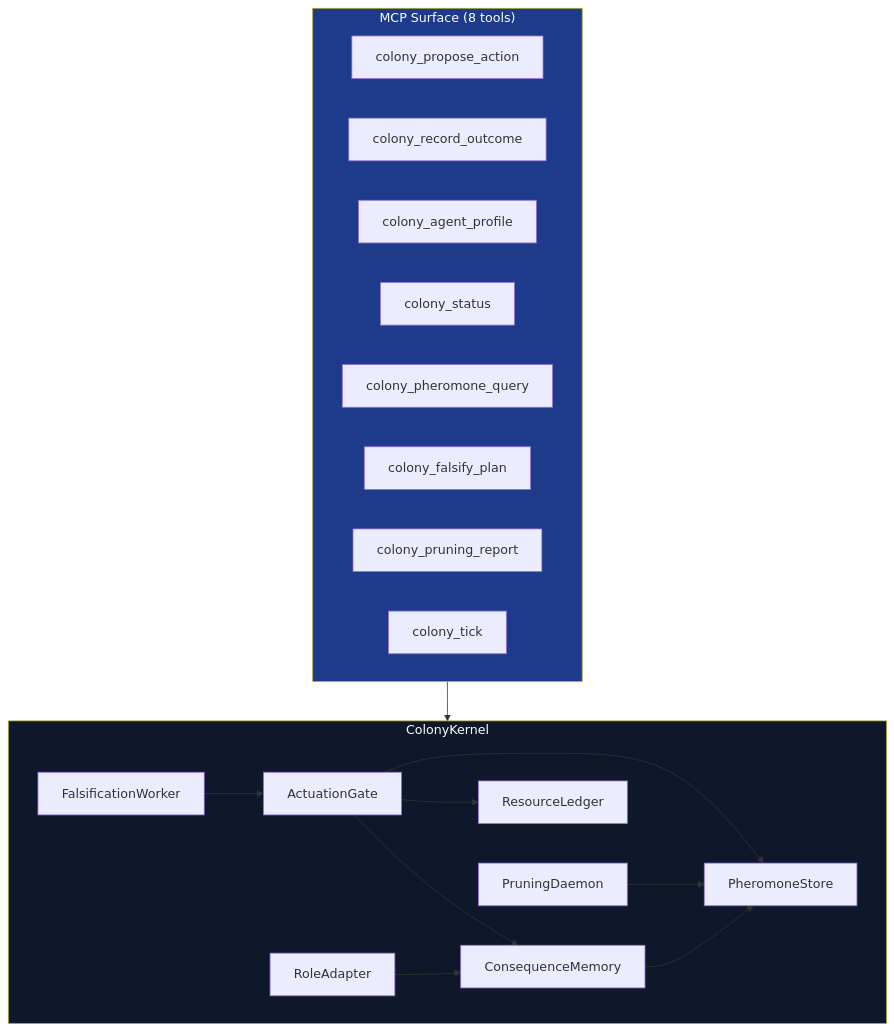
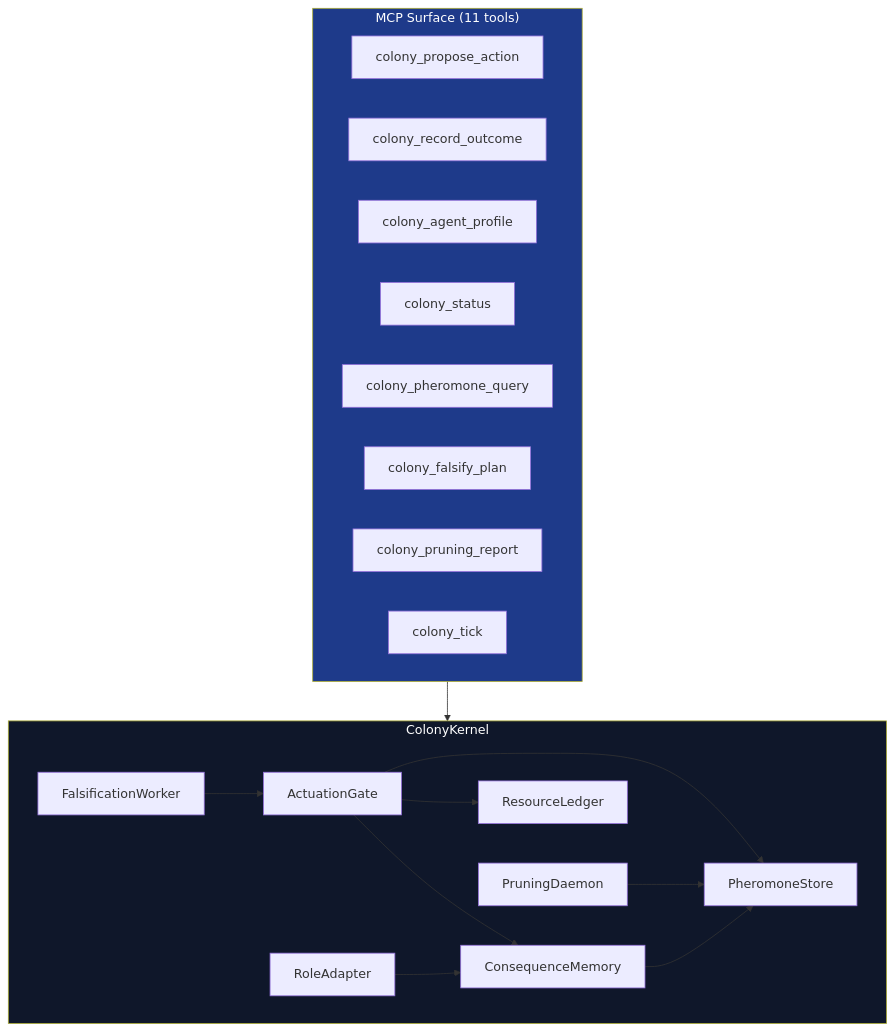
One commit to docxology/codomyrmex changed the diagram in docs/modules/colony_kernel/README.md. Above: the diagram before and after it, drawn with Mermaid. The commit also changed other lines of this file and 84 other files, not shown here.

````diff
--- a/docs/modules/colony_kernel/README.md
+++ b/docs/modules/colony_kernel/README.md
@@ -22,35 +22,35 @@
 ```mermaid
 flowchart TD
-    subgraph mcp["MCP Surface (8 tools)"]
+    subgraph mcp["MCP Surface (11 tools)"]
         PA["colony_propose_action"]
         RO["colony_record_outcome"]
         AP["colony_agent_profile"]
         CS["colony_status"]
         PQ["colony_pheromone_query"]
         FP["colony_falsify_plan"]
         PR["colony_pruning_report"]
         CT["colony_tick"]
     end
 
     subgraph kernel["ColonyKernel"]
         FW["FalsificationWorker"]
         AG["ActuationGate"]
         CM["ConsequenceMemory"]
         RL["ResourceLedger"]
         PS["PheromoneStore"]
         RA["RoleAdapter"]
         PD["PruningDaemon"]
     end
 
     mcp --> kernel
     CM --> PS
     AG --> PS
     AG --> RL
     AG --> CM
     RA --> CM
     PD --> PS
     FW --> AG
 
     style mcp fill:#1e3a8a,color:#fff
     style kernel fill:#0f172a,color:#fff
 ```
````
